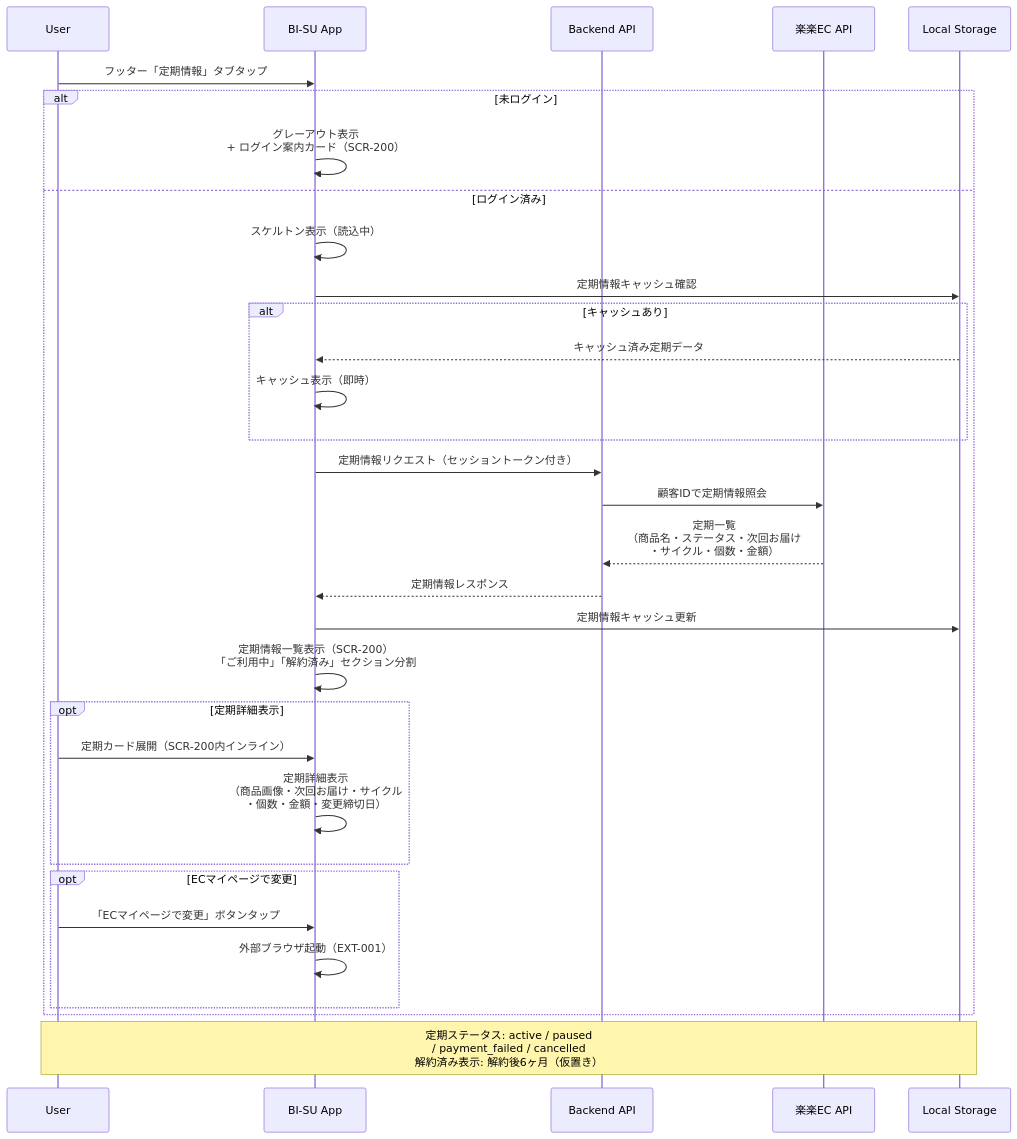
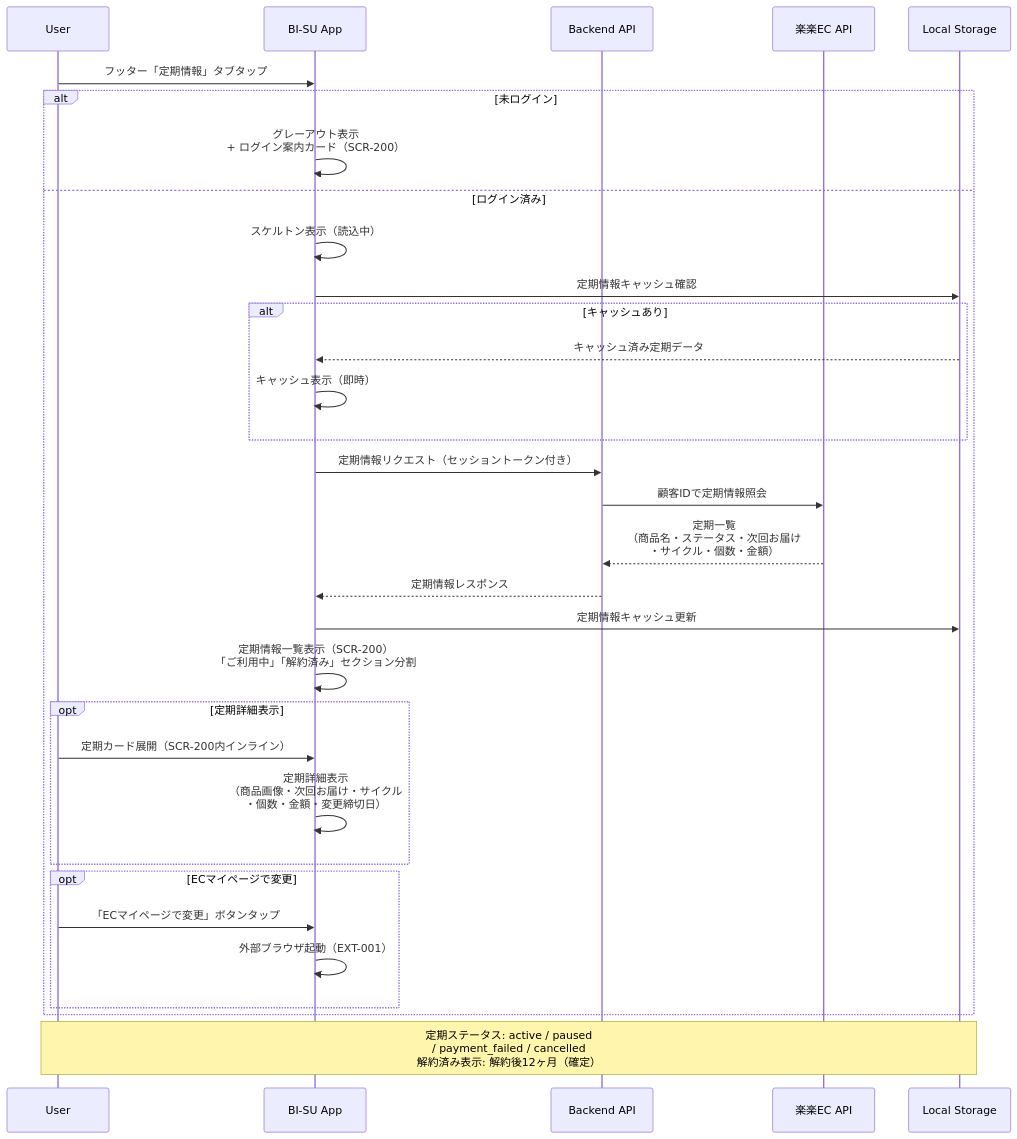
Before and after one commit to YukaHasebe/bi-su-app: the tenth of 24 diagrams in docs/05_シーケンス図.md, drawn with Mermaid. The commit also changed other lines of this file and 7 other files, not shown here.

````diff
--- a/docs/05_シーケンス図.md
+++ b/docs/05_シーケンス図.md
@@ -282,40 +285,40 @@
 ```mermaid
 sequenceDiagram
     participant U as User
     participant App as BI-SU App
     participant API as Backend API
     participant REC as 楽楽EC API
     participant LS as Local Storage
 
     U->>App: フッター「定期情報」タブタップ
 
     alt 未ログイン
         App->>App: グレーアウト表示<br/>+ ログイン案内カード（SCR-200）
     else ログイン済み
         App->>App: スケルトン表示（読込中）
         App->>LS: 定期情報キャッシュ確認
         alt キャッシュあり
             LS-->>App: キャッシュ済み定期データ
             App->>App: キャッシュ表示（即時）
         end
 
         App->>API: 定期情報リクエスト（セッショントークン付き）
         API->>REC: 顧客IDで定期情報照会
         REC-->>API: 定期一覧<br/>（商品名・ステータス・次回お届け<br/>・サイクル・個数・金額）
         API-->>App: 定期情報レスポンス
         App->>LS: 定期情報キャッシュ更新
         App->>App: 定期情報一覧表示（SCR-200）<br/>「ご利用中」「解約済み」セクション分割
 
         opt 定期詳細表示
             U->>App: 定期カード展開（SCR-200内インライン）
             App->>App: 定期詳細表示<br/>（商品画像・次回お届け・サイクル<br/>・個数・金額・変更締切日）
         end
 
         opt ECマイページで変更
             U->>App: 「ECマイページで変更」ボタンタップ
             App->>App: 外部ブラウザ起動（EXT-001）
         end
     end
 
-    Note over U,LS: 定期ステータス: active / paused<br/>/ payment_failed / cancelled<br/>解約済み表示: 解約後6ヶ月（仮置き）
+    Note over U,LS: 定期ステータス: active / paused<br/>/ payment_failed / cancelled<br/>解約済み表示: 解約後12ヶ月（確定）
 ```
````
